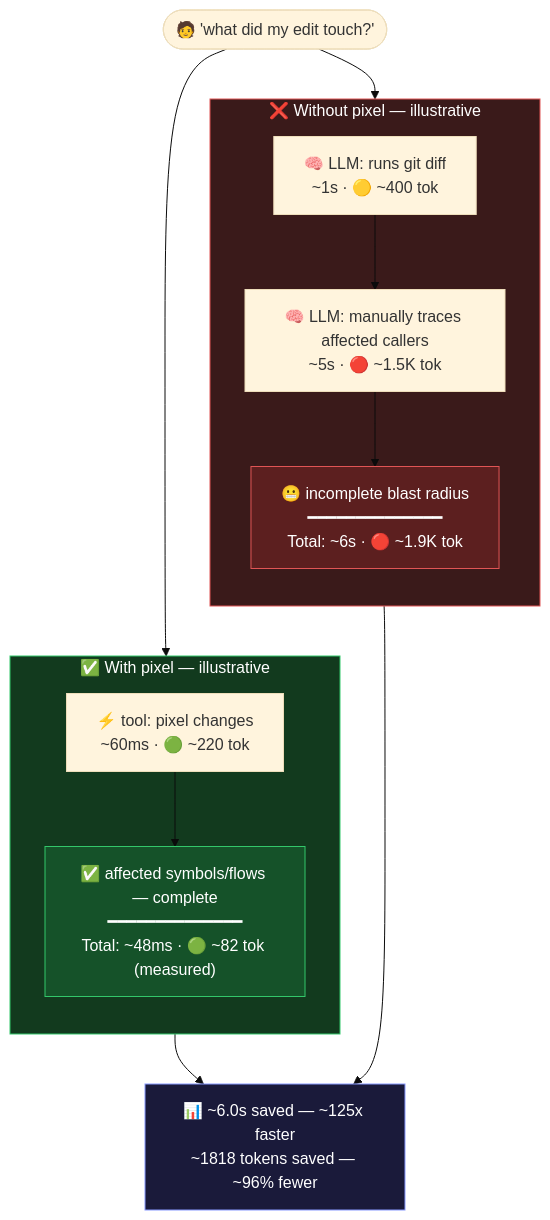
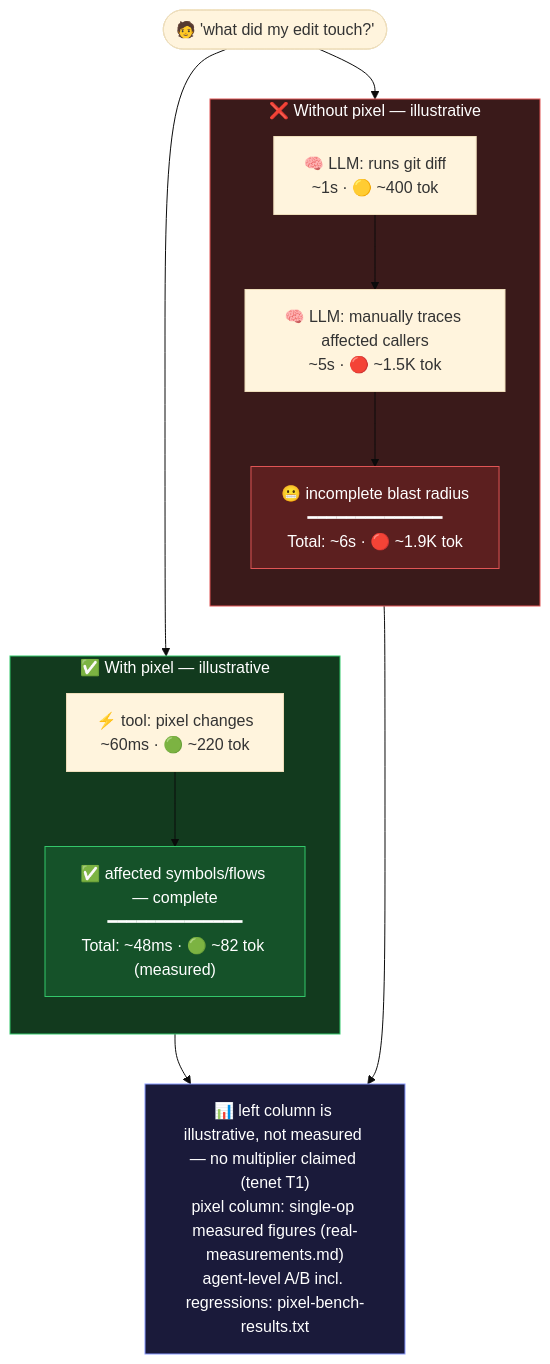
The diagram in docs/examples/08-changes-precommit.mmd (Pixel-CLI/pixel), drawn with Mermaid (base theme) before and after one commit. The commit also changed 57 other files, not shown here.

```diff
--- a/docs/examples/08-changes-precommit.mmd
+++ b/docs/examples/08-changes-precommit.mmd
@@ -1,29 +1,29 @@
 flowchart TD
     Ask(["🧑 'what did my edit touch?'"])
     Ask --> w1
     Ask --> p1
     w1 ~~~ p1
 
     subgraph W ["❌ Without pixel — illustrative"]
         direction TB
         w1["🧠 LLM: runs git diff<br/>~1s · 🟡 ~400 tok"] --> w2
         w2["🧠 LLM: manually traces affected callers<br/>~5s · 🔴 ~1.5K tok"]
         w2 --> w5["😬 incomplete blast radius<br/>━━━━━━━━━━━━━━<br/>Total: ~6s · 🔴 ~1.9K tok"]
     end
 
     subgraph P ["✅ With pixel — illustrative"]
         direction TB
         p1["⚡ tool: pixel changes<br/>~60ms · 🟢 ~220 tok"]
         p1 --> p3["✅ affected symbols/flows — complete<br/>━━━━━━━━━━━━━━<br/>Total: ~48ms · 🟢 ~82 tok (measured)"]
     end
 
     w5 --> Recap
     p3 --> Recap
-    Recap["📊 ~6.0s saved — ~125x faster<br/>~1818 tokens saved — ~96% fewer"]
+    Recap["📊 left column is illustrative, not measured — no multiplier claimed (tenet T1)<br/>pixel column: single-op measured figures (real-measurements.md)<br/>agent-level A/B incl. regressions: pixel-bench-results.txt"]
 
     style W fill:#3a1a1a,stroke:#e05555,color:#fff
     style P fill:#123a1e,stroke:#33c76a,color:#fff
     style w5 fill:#5c1f1f,stroke:#e05555,color:#fff
     style p3 fill:#155229,stroke:#33c76a,color:#fff
     style Recap fill:#1a1a3a,stroke:#8899ff,color:#fff
     linkStyle 2 stroke-width:0px
```
